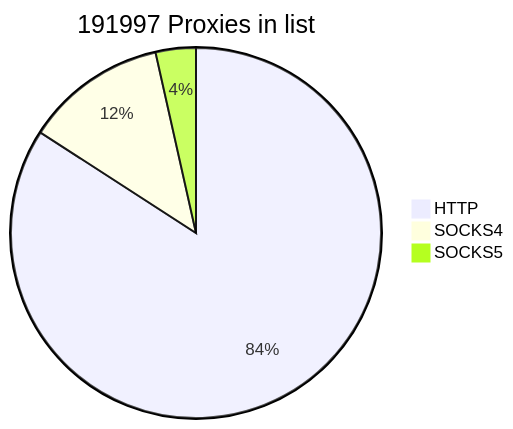
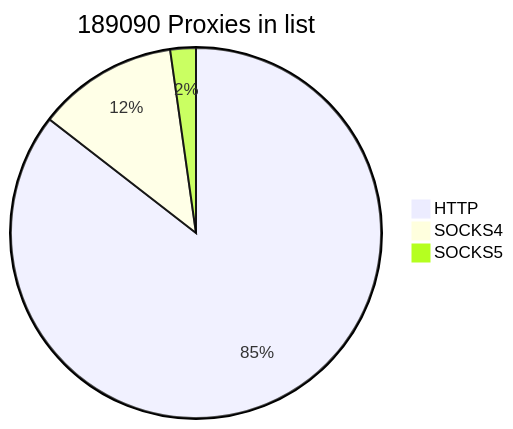
Before and after one commit to cutipu/proxylist: the first of 2 diagrams in README.md, drawn with Mermaid. The commit also changed other lines of this file, not shown here.

````diff
--- a/README.md
+++ b/README.md
@@ -2,7 +2,7 @@
 ```mermaid
-pie title 191997 Proxies in list
-    "HTTP" : 161527
-    "SOCKS4" : 23731
-    "SOCKS5" : 6739
+pie title 189090 Proxies in list
+    "HTTP" : 161665
+    "SOCKS4" : 23201
+    "SOCKS5" : 4224
             
 ```
````
